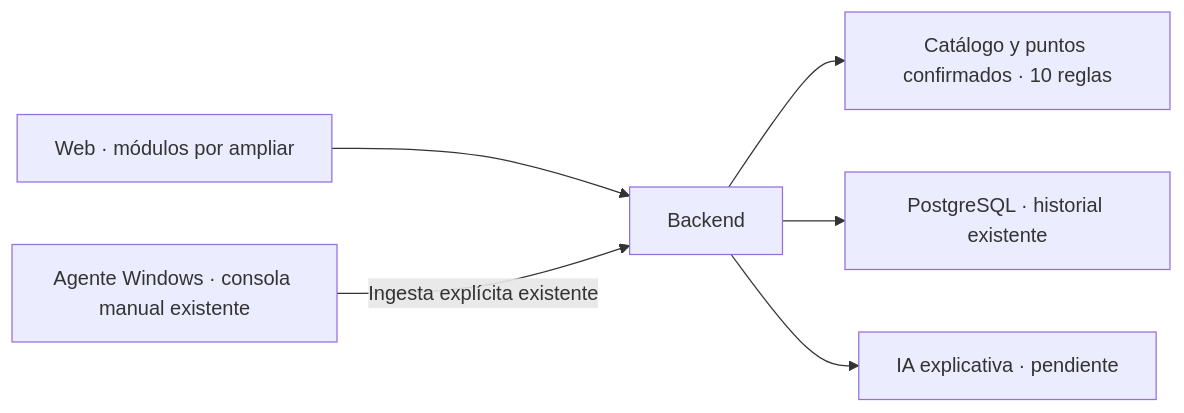
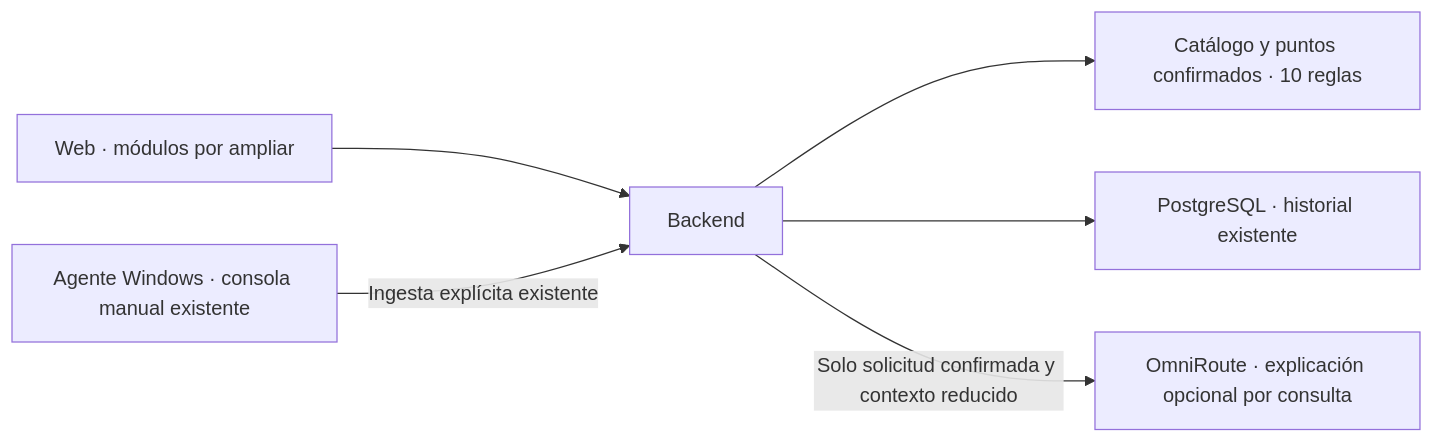
The second of 2 diagrams in ARCHITECTURE.md (omi12ff/SecurityCenterAI), drawn with Mermaid before and after one commit. The commit also changed other lines of this file and 119 other files, not shown here.

````diff
--- a/ARCHITECTURE.md
+++ b/ARCHITECTURE.md
@@ -333,8 +340,8 @@
 ```mermaid
 flowchart LR
     Web["Web · módulos por ampliar"] --> Backend["Backend"]
     Agent["Agente Windows · consola manual existente"] -->|"Ingesta explícita existente"| Backend
     Backend --> Rules["Catálogo y puntos confirmados · 10 reglas"]
     Backend --> Database["PostgreSQL · historial existente"]
-    Backend --> Ai["IA explicativa · pendiente"]
+    Backend -->|"Solo solicitud confirmada y contexto reducido"| Ai["OmniRoute · explicación opcional por consulta"]
 ```
````
